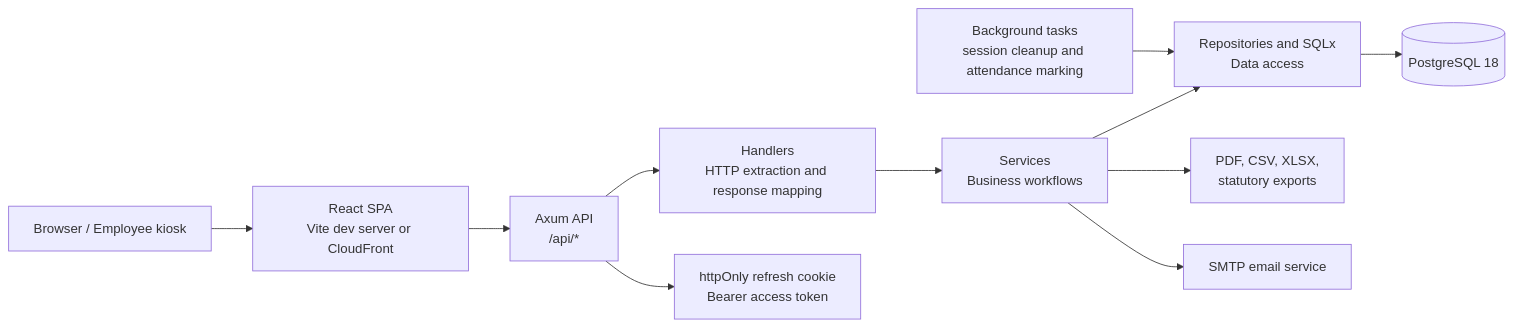
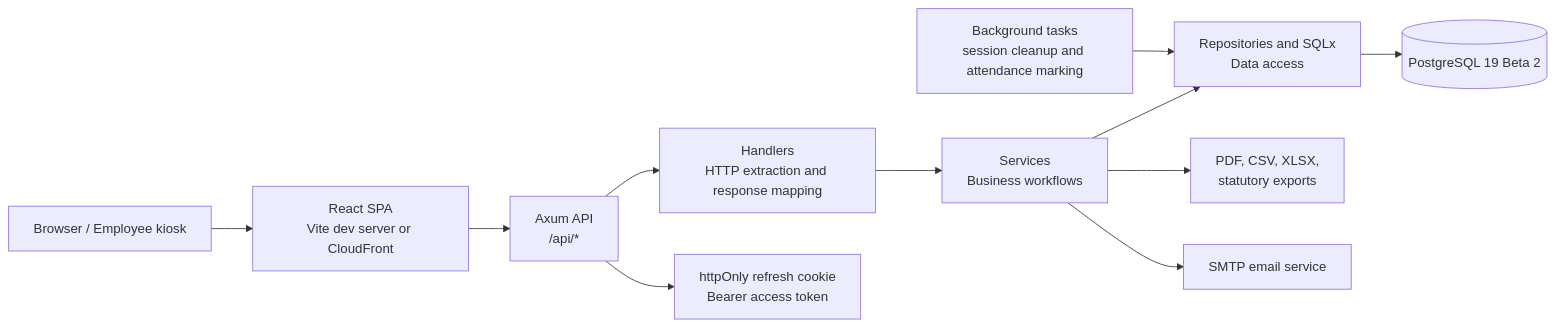
Before and after one commit to siewong007/payroll-system: the diagram in README.md, drawn with Mermaid. The commit also changed other lines of this file and 81 other files, not shown here.

First line of the commit message:
upgrade PostgreSQL to version 19beta2 in CI and documentation

````diff
--- a/README.md
+++ b/README.md
@@ -66,13 +69,13 @@
 ```mermaid
 flowchart LR
     Browser["Browser / Employee kiosk"] --> Frontend["React SPA\nVite dev server or CloudFront"]
     Frontend --> Api["Axum API\n/api/*"]
     Api --> Handlers["Handlers\nHTTP extraction and response mapping"]
     Handlers --> Services["Services\nBusiness workflows"]
     Services --> Repositories["Repositories and SQLx\nData access"]
-    Repositories --> Postgres[("PostgreSQL 18")]
+    Repositories --> Postgres[("PostgreSQL 19 Beta 2")]
     Services --> Exports["PDF, CSV, XLSX,\nstatutory exports"]
     Services --> Email["SMTP email service"]
     Api --> Cookies["httpOnly refresh cookie\nBearer access token"]
     Background["Background tasks\nsession cleanup and attendance marking"] --> Repositories
 ```
````
